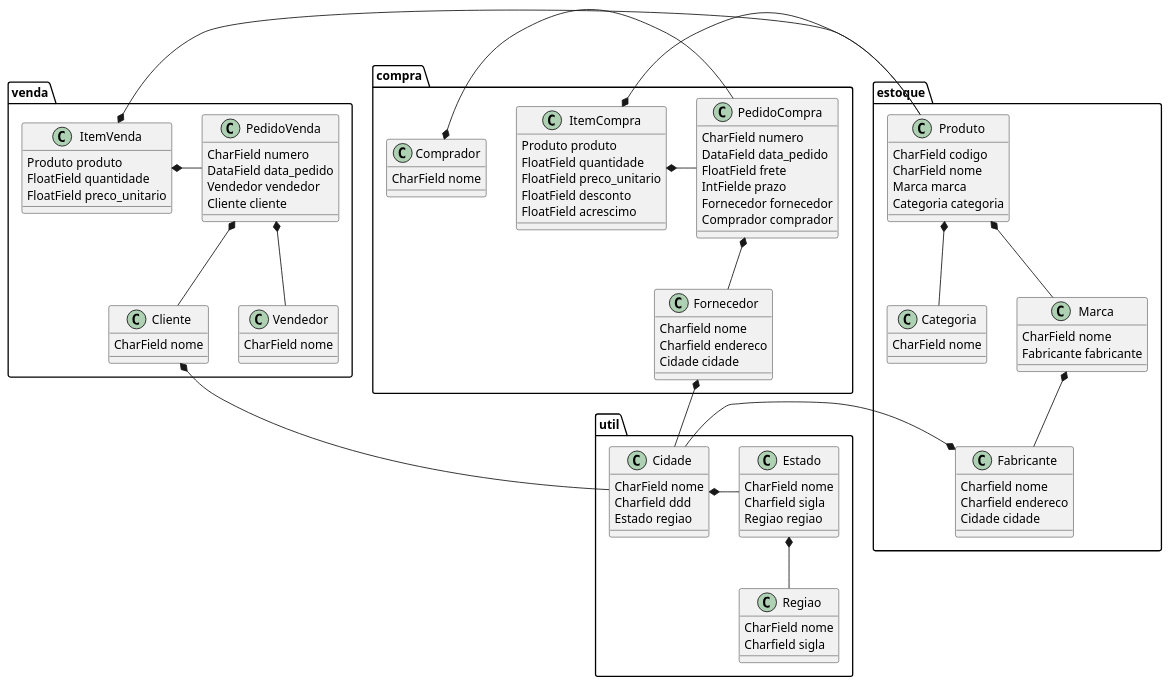
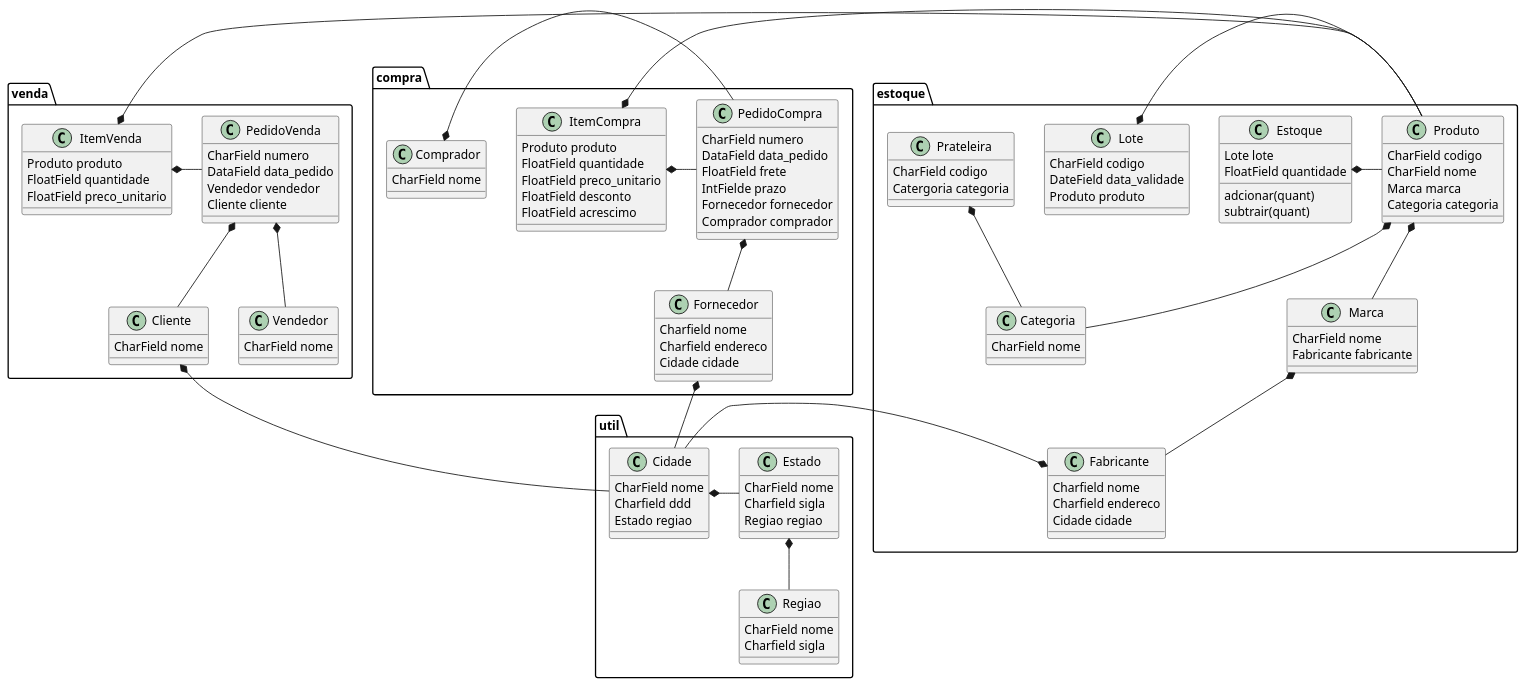
The diagram in modelo.plantuml (ivaneyvieira/erp), drawn with PlantUML before and after one commit. The commit also changed 22 other files, not shown here.

Commit message:
Diagrama novo

```diff
--- a/modelo.plantuml
+++ b/modelo.plantuml
@@ -1,117 +1,139 @@
 @startuml
 package util {
     class Regiao {
         CharField nome
         Charfield sigla
     }
 
     class Estado {
         CharField nome
         Charfield sigla
         Regiao regiao
     }
 
 
 
     class Cidade {
         CharField nome
         Charfield ddd
         Estado regiao
     }
 
     Estado  *-- Regiao
     Cidade  *- Estado 
 }
 
 package estoque {
     class Categoria {
         CharField nome
     }
+    class Prateleira{
+        CharField codigo
+        Catergoria categoria
+    }
+
+    class Lote {
+        CharField codigo
+        DateField data_validade
+        Produto produto
+    }
+
     class Produto{
         CharField codigo
         CharField nome
         Marca marca
         Categoria categoria
     }
 
     class Marca{
         CharField nome
         Fabricante fabricante
     }
 
     class Fabricante{
         Charfield nome
         Charfield endereco
         Cidade cidade
     }
-    
+
+    class Estoque {
+        Lote lote
+        FloatField quantidade
+
+        adcionar(quant)
+        subtrair(quant)
+    }
+
+    Estoque *- Produto    
     Produto *-- Marca  
+    Lote *- Produto
+    Prateleira *-- Categoria
     Produto *-- Categoria  
     Marca *-- Fabricante
     Fabricante *- Cidade
 }
 
 package compra {
     class PedidoCompra{
         CharField numero
         DataField data_pedido
         FloatField frete
         IntFielde prazo
         Fornecedor fornecedor
         Comprador comprador 
     }
 
     class ItemCompra{
         Produto produto
         FloatField quantidade
         FloatField preco_unitario
         FloatField desconto
         FloatField acrescimo
     }
 
     class Fornecedor{
         Charfield nome
         Charfield endereco
         Cidade cidade        
     }
 
     class Comprador{
         CharField nome
     }
 
     ItemCompra *- PedidoCompra
     ItemCompra *- Produto
     PedidoCompra *-- Fornecedor
     Fornecedor *-- Cidade
     Comprador *- PedidoCompra
 }
 
 package venda {
     class PedidoVenda{
         CharField numero
         DataField data_pedido
         Vendedor vendedor
         Cliente cliente
     }
 
     class ItemVenda{
         Produto produto
         FloatField quantidade
         FloatField preco_unitario
     }
 
     class Cliente{
         CharField nome
     }
 
     class Vendedor{
         CharField nome
     }
 
     ItemVenda *- PedidoVenda
     ItemVenda *- Produto
     PedidoVenda *-- Cliente
     PedidoVenda *-- Vendedor
     Cliente *- Cidade
 }
 @enduml
```
